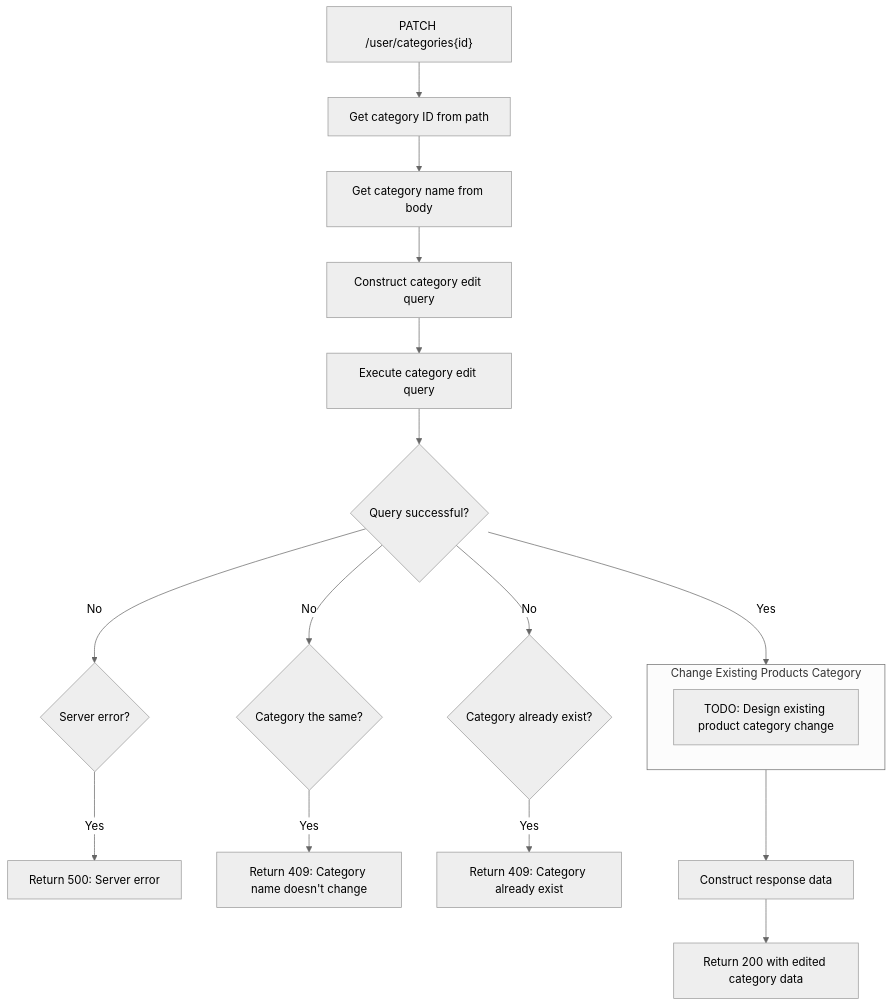
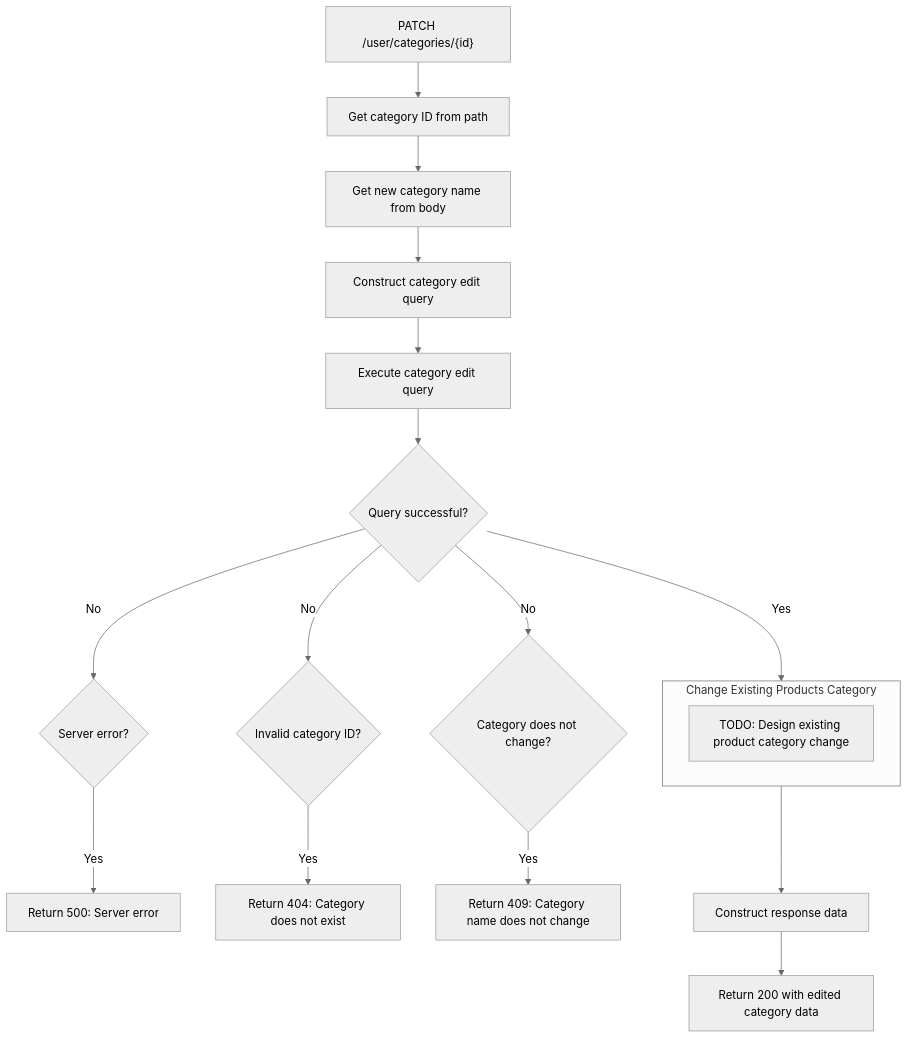
One commit to YosepRA/storey-api changed the fifth of 12 diagrams in docs/algorithms/paths/users.md. Above: the diagram before and after it, drawn with Mermaid (neutral theme). The commit also changed other lines of this file, not shown here.

Commit message:
docs: user algorithm initial design

````diff
--- a/docs/algorithms/paths/users.md
+++ b/docs/algorithms/paths/users.md
@@ -94,28 +94,27 @@
 ```mermaid
 flowchart TD
-  editCategory["PATCH /user/categories{id}"] --> getIdFromPath[Get category ID from path]
-  getIdFromPath --> getRequestBody[Get category name from body]
+  editCategory["PATCH /user/categories/{id}"] --> getIdFromPath[Get category ID from path]
+  getIdFromPath --> getRequestBody[Get new category name from body]
 
   getRequestBody --> constructQuery[Construct category edit query]
   constructQuery --> executeQuery[Execute category edit query]
 
   executeQuery --> isQuerySuccessful{Query successful?}
   isQuerySuccessful -->|No| isServerError{Server error?}
   isServerError -->|Yes| returnServerError[Return 500: Server error]
 
-  isQuerySuccessful -->|No| isCategoryTheSame{Category the same?}
-  isCategoryTheSame -->|Yes| returnCategoryNoChange[Return 409: Category name doesn't change]
+  isQuerySuccessful -->|No| isCategoryDoesNotExist{Invalid category ID?}
+  isCategoryDoesNotExist -->|Yes| returnCategoryDoesNotExist[Return 404: Category does not exist]
 
-  isQuerySuccessful -->|No| isCategoryAlreadyExist{Category already exist?}
-  isCategoryAlreadyExist -->|Yes| returnCategoryAlreadyExist[Return 409: Category already exist]
+  isQuerySuccessful -->|No| isCategoryDoesNotChange{Category does not change?}
+  isCategoryDoesNotChange -->|Yes| returnCategoryAlreadyExist[Return 409: Category name does not change]
 
   isQuerySuccessful -->|Yes| changeExistingProductsCategory
 
   subgraph changeExistingProductsCategory [Change Existing Products Category]
-    direction LR
     A[TODO: Design existing product category change]
   end
 
   changeExistingProductsCategory --> constructResponseData[Construct response data]
   constructResponseData --> returnSuccessfulQuery[Return 200 with edited category data]
 ```
````
